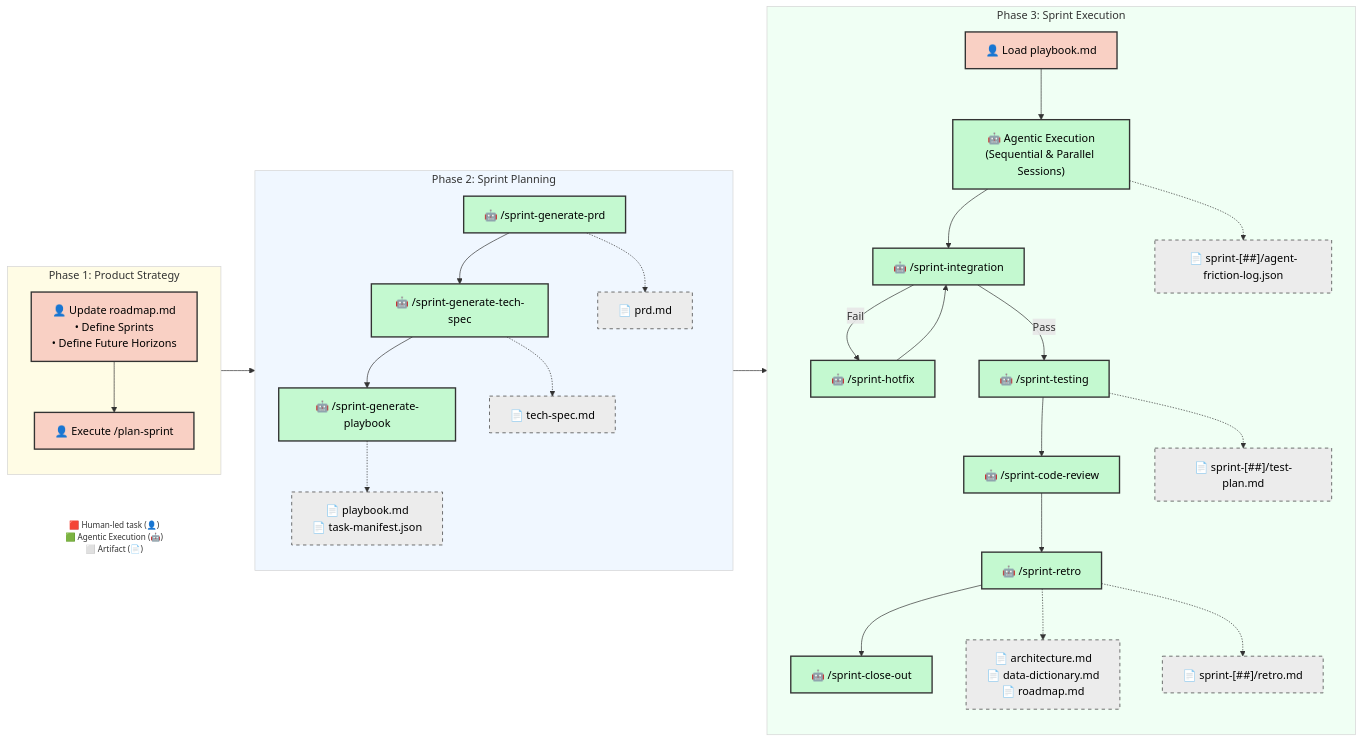
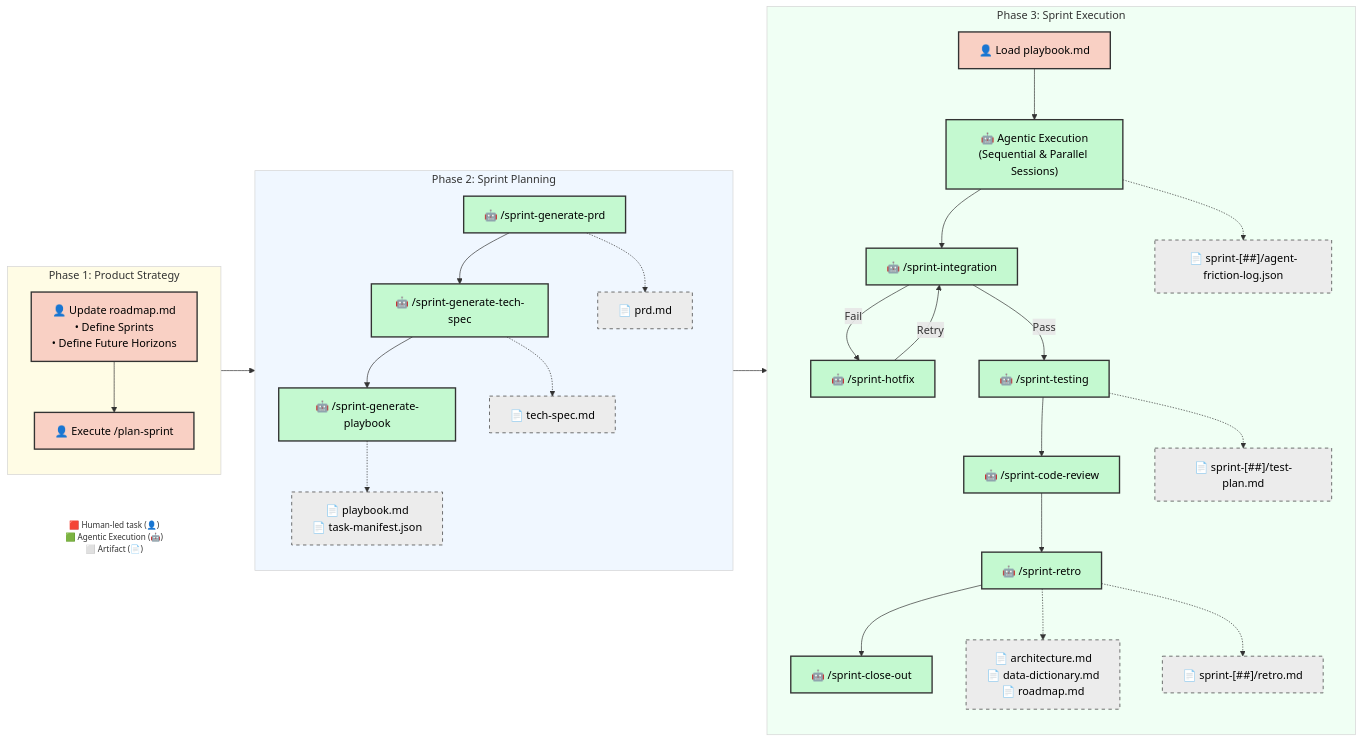
Before and after one commit to dsj1984/agent-protocols: the diagram in .agents/SDLC.md, drawn with Mermaid. The commit also changed other lines of this file and 6 other files, not shown here.

````diff
--- a/.agents/SDLC.md
+++ b/.agents/SDLC.md
@@ -33,67 +33,67 @@
 ```mermaid
     graph LR
     classDef manual fill:#f9d0c4,stroke:#333,stroke-width:2px,color:#000;
     classDef agentic fill:#c4f9d0,stroke:#333,stroke-width:2px,color:#000;
     classDef artifact fill:#ececec,stroke:#333,stroke-width:1px,stroke-dasharray: 5 5,color:#000;
     classDef LegendNode fill:transparent,stroke:transparent,font-size:12px;
 
     %% Legend
     Legend["🟥 Human-led task (👤)<br/>🟩 Agentic Execution (🤖)<br/>⬜ Artifact (📄)"]:::LegendNode
 
     %% Phase 1: Product Strategy
     subgraph Phase1 ["Phase 1: Product Strategy"]
         direction TB
         B["👤 Update roadmap.md<br/>• Define Sprints<br/>• Define Future Horizons"]:::manual
         D["👤 Execute /plan-sprint"]:::manual
         B --> D
     end
 
     %% Phase 2: Automated Planning
     subgraph Phase2 ["Phase 2: Sprint Planning"]
         direction TB
         F["🤖 /sprint-generate-prd"]:::agentic
         G["🤖 /sprint-generate-tech-spec"]:::agentic
         H["🤖 /sprint-generate-playbook"]:::agentic
 
         F --> G
         G --> H
 
         F -.-> F_Art["📄 prd.md"]:::artifact
         G -.-> G_Art["📄 tech-spec.md"]:::artifact
         H -.-> H_Art["📄 playbook.md<br/>📄 task-manifest.json"]:::artifact
     end
 
     %% Phase 3: Execution & Closure
     subgraph Phase3 ["Phase 3: Sprint Execution"]
         direction TB
         I["👤 Load playbook.md"]:::manual
         J["🤖 Agentic Execution<br/>(Sequential & Parallel Sessions)"]:::agentic
         K["🤖 /sprint-integration"]:::agentic
         K_Fix["🤖 /sprint-hotfix"]:::agentic
         L["🤖 /sprint-testing"]:::agentic
         O["🤖 /sprint-code-review"]:::agentic
         P["🤖 /sprint-retro"]:::agentic
         Q2["🤖 /sprint-close-out"]:::agentic
 
         I --> J
         J --> K
         K -- "Fail" --> K_Fix
-        K_Fix --> K
+        K_Fix -- "Retry" --> K
         K -- "Pass" --> L
         L --> O
         O --> P
         P --> Q2
 
         L -.-> L_Art["📄 sprint-[##]/test-plan.md"]:::artifact
         J -.-> J_Log["📄 sprint-[##]/agent-friction-log.json"]:::artifact
         P -.-> Q["📄 architecture.md<br/>📄 data-dictionary.md<br/>📄 roadmap.md"]:::artifact
         P -.-> R["📄 sprint-[##]/retro.md"]:::artifact
     end
 
     style Phase1 fill:#fffce5,stroke:#d4d4d4,padding:0px
     style Phase2 fill:#f0f7ff,stroke:#d4d4d4,padding:0px
     style Phase3 fill:#f0fff4,stroke:#d4d4d4,padding:0px
 
     D --> F
     H_Art --> I
 ```
````
